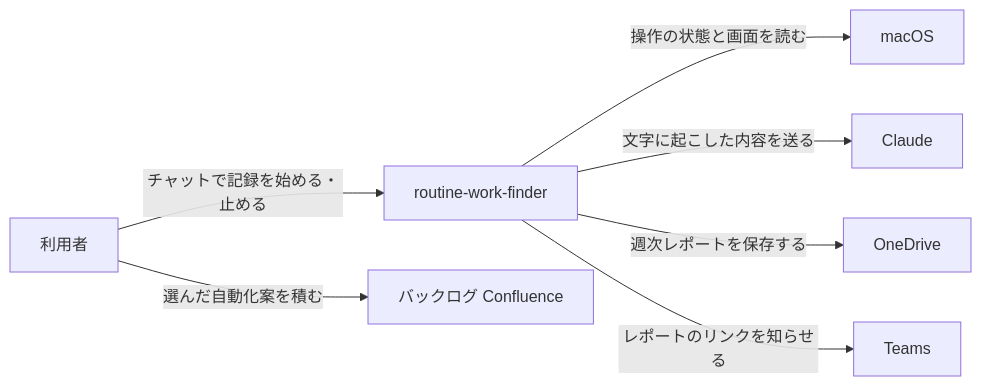
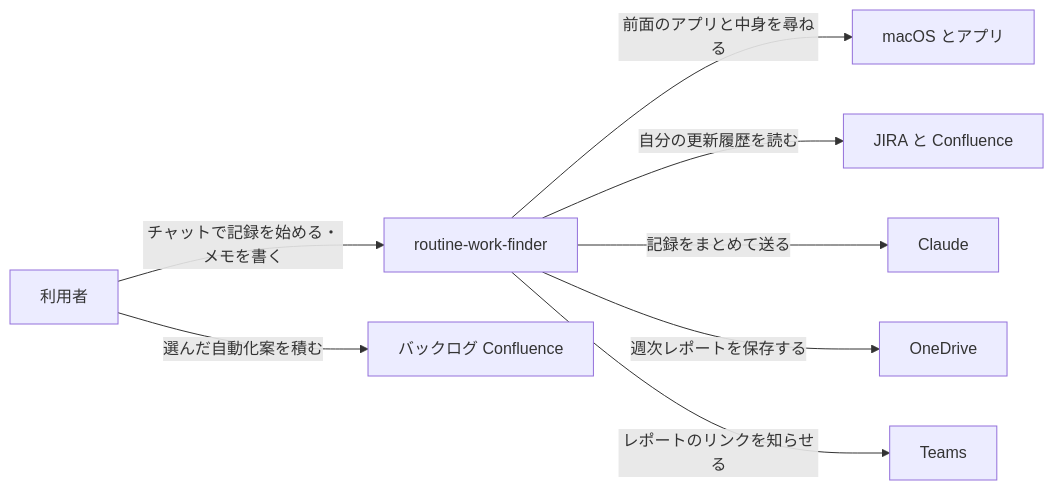
Before and after one commit to dnode-ryosuke-yamazaki/study: the first of 2 diagrams in apps/routine-work-finder/specs/architecture.md, drawn with Mermaid. The commit also changed other lines of this file and 4 other files, not shown here.

````diff
--- a/apps/routine-work-finder/specs/architecture.md
+++ b/apps/routine-work-finder/specs/architecture.md
@@ -9,16 +9,18 @@
 ```mermaid
 flowchart LR
     user["利用者"]
     app["routine-work-finder"]
-    mac["macOS"]
+    mac["macOS とアプリ"]
+    atl["JIRA と Confluence"]
     claude["Claude"]
     onedrive["OneDrive"]
     teams["Teams"]
     backlog["バックログ Confluence"]
-    user -->|"チャットで記録を始める・止める"| app
-    app -->|"操作の状態と画面を読む"| mac
-    app -->|"文字に起こした内容を送る"| claude
+    user -->|"チャットで記録を始める・メモを書く"| app
+    app -->|"前面のアプリと中身を尋ねる"| mac
+    app -->|"自分の更新履歴を読む"| atl
+    app -->|"記録をまとめて送る"| claude
     app -->|"週次レポートを保存する"| onedrive
     app -->|"レポートのリンクを知らせる"| teams
     user -->|"選んだ自動化案を積む"| backlog
 ```
````
